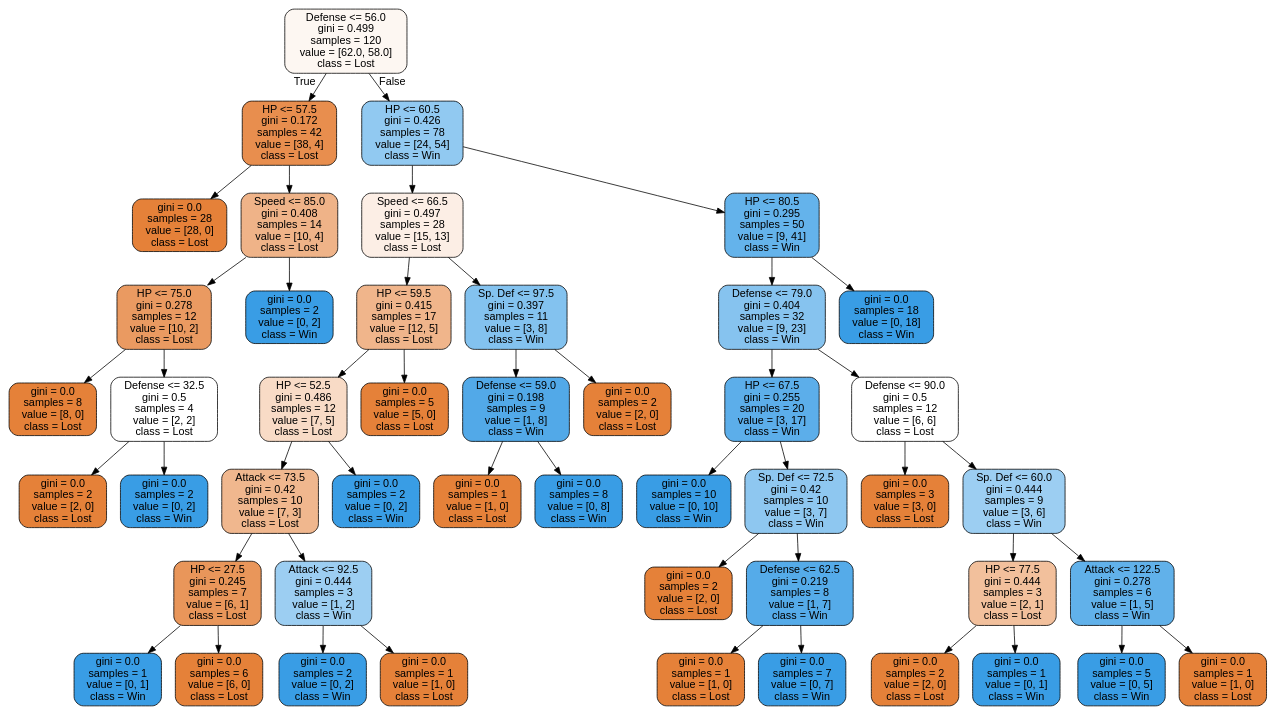
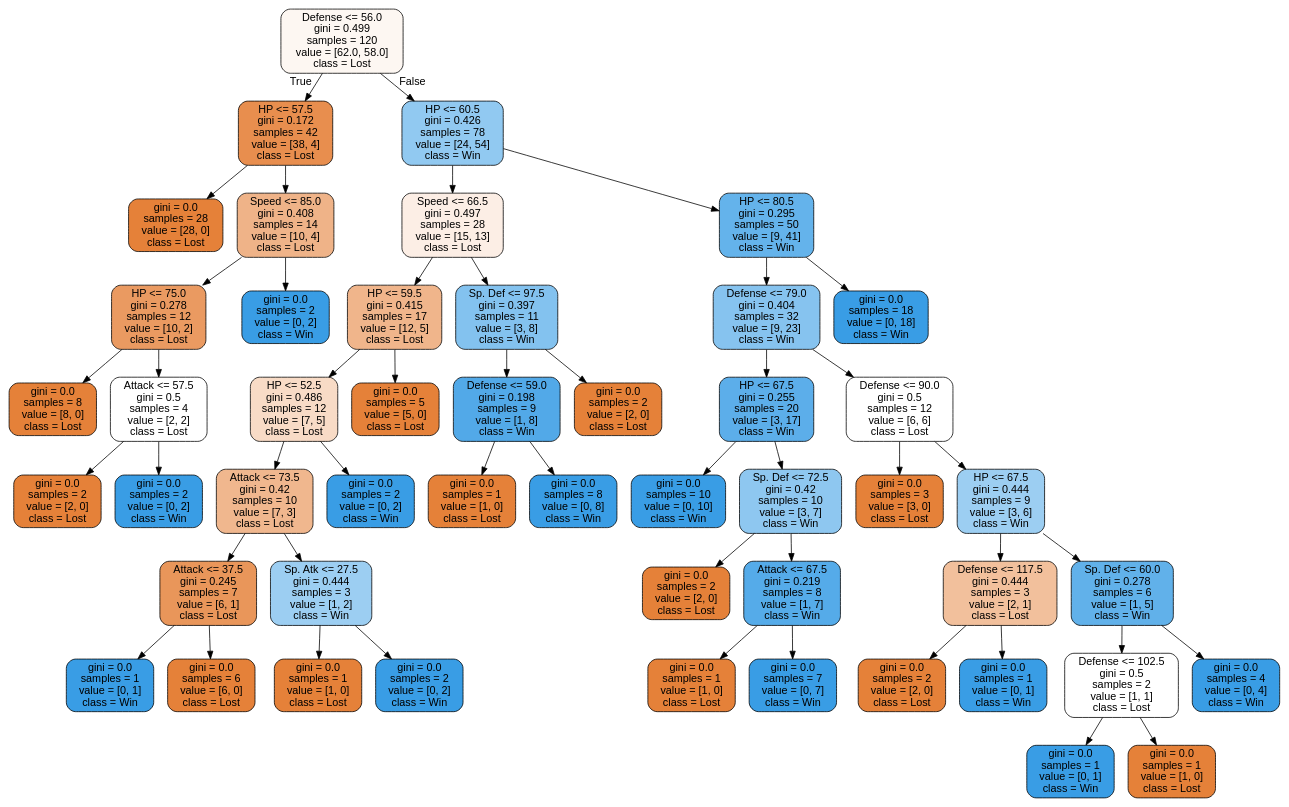
The diagram in tree.dot (AleFuzeti/IA_pokemon), drawn with Graphviz before and after one commit. The commit also changed 14 other files, not shown here.

```diff
--- a/tree.dot
+++ b/tree.dot
@@ -1,97 +1,101 @@
 digraph Tree {
 node [shape=box, style="filled, rounded", color="black", fontname="helvetica"] ;
 edge [fontname="helvetica"] ;
 0 [label="Defense <= 56.0\ngini = 0.499\nsamples = 120\nvalue = [62.0, 58.0]\nclass = Lost", fillcolor="#fdf7f2"] ;
 1 [label="HP <= 57.5\ngini = 0.172\nsamples = 42\nvalue = [38, 4]\nclass = Lost", fillcolor="#e88e4e"] ;
 0 -> 1 [labeldistance=2.5, labelangle=45, headlabel="True"] ;
 2 [label="gini = 0.0\nsamples = 28\nvalue = [28, 0]\nclass = Lost", fillcolor="#e58139"] ;
 1 -> 2 ;
 3 [label="Speed <= 85.0\ngini = 0.408\nsamples = 14\nvalue = [10, 4]\nclass = Lost", fillcolor="#efb388"] ;
 1 -> 3 ;
 4 [label="HP <= 75.0\ngini = 0.278\nsamples = 12\nvalue = [10, 2]\nclass = Lost", fillcolor="#ea9a61"] ;
 3 -> 4 ;
 5 [label="gini = 0.0\nsamples = 8\nvalue = [8, 0]\nclass = Lost", fillcolor="#e58139"] ;
 4 -> 5 ;
-6 [label="Defense <= 32.5\ngini = 0.5\nsamples = 4\nvalue = [2, 2]\nclass = Lost", fillcolor="#ffffff"] ;
+6 [label="Attack <= 57.5\ngini = 0.5\nsamples = 4\nvalue = [2, 2]\nclass = Lost", fillcolor="#ffffff"] ;
 4 -> 6 ;
 7 [label="gini = 0.0\nsamples = 2\nvalue = [2, 0]\nclass = Lost", fillcolor="#e58139"] ;
 6 -> 7 ;
 8 [label="gini = 0.0\nsamples = 2\nvalue = [0, 2]\nclass = Win", fillcolor="#399de5"] ;
 6 -> 8 ;
 9 [label="gini = 0.0\nsamples = 2\nvalue = [0, 2]\nclass = Win", fillcolor="#399de5"] ;
 3 -> 9 ;
 10 [label="HP <= 60.5\ngini = 0.426\nsamples = 78\nvalue = [24, 54]\nclass = Win", fillcolor="#91c9f1"] ;
 0 -> 10 [labeldistance=2.5, labelangle=-45, headlabel="False"] ;
 11 [label="Speed <= 66.5\ngini = 0.497\nsamples = 28\nvalue = [15, 13]\nclass = Lost", fillcolor="#fceee5"] ;
 10 -> 11 ;
 12 [label="HP <= 59.5\ngini = 0.415\nsamples = 17\nvalue = [12, 5]\nclass = Lost", fillcolor="#f0b58b"] ;
 11 -> 12 ;
 13 [label="HP <= 52.5\ngini = 0.486\nsamples = 12\nvalue = [7, 5]\nclass = Lost", fillcolor="#f8dbc6"] ;
 12 -> 13 ;
 14 [label="Attack <= 73.5\ngini = 0.42\nsamples = 10\nvalue = [7, 3]\nclass = Lost", fillcolor="#f0b78e"] ;
 13 -> 14 ;
-15 [label="HP <= 27.5\ngini = 0.245\nsamples = 7\nvalue = [6, 1]\nclass = Lost", fillcolor="#e9965a"] ;
+15 [label="Attack <= 37.5\ngini = 0.245\nsamples = 7\nvalue = [6, 1]\nclass = Lost", fillcolor="#e9965a"] ;
 14 -> 15 ;
 16 [label="gini = 0.0\nsamples = 1\nvalue = [0, 1]\nclass = Win", fillcolor="#399de5"] ;
 15 -> 16 ;
 17 [label="gini = 0.0\nsamples = 6\nvalue = [6, 0]\nclass = Lost", fillcolor="#e58139"] ;
 15 -> 17 ;
-18 [label="Attack <= 92.5\ngini = 0.444\nsamples = 3\nvalue = [1, 2]\nclass = Win", fillcolor="#9ccef2"] ;
+18 [label="Sp. Atk <= 27.5\ngini = 0.444\nsamples = 3\nvalue = [1, 2]\nclass = Win", fillcolor="#9ccef2"] ;
 14 -> 18 ;
-19 [label="gini = 0.0\nsamples = 2\nvalue = [0, 2]\nclass = Win", fillcolor="#399de5"] ;
+19 [label="gini = 0.0\nsamples = 1\nvalue = [1, 0]\nclass = Lost", fillcolor="#e58139"] ;
 18 -> 19 ;
-20 [label="gini = 0.0\nsamples = 1\nvalue = [1, 0]\nclass = Lost", fillcolor="#e58139"] ;
+20 [label="gini = 0.0\nsamples = 2\nvalue = [0, 2]\nclass = Win", fillcolor="#399de5"] ;
 18 -> 20 ;
 21 [label="gini = 0.0\nsamples = 2\nvalue = [0, 2]\nclass = Win", fillcolor="#399de5"] ;
 13 -> 21 ;
 22 [label="gini = 0.0\nsamples = 5\nvalue = [5, 0]\nclass = Lost", fillcolor="#e58139"] ;
 12 -> 22 ;
 23 [label="Sp. Def <= 97.5\ngini = 0.397\nsamples = 11\nvalue = [3, 8]\nclass = Win", fillcolor="#83c2ef"] ;
 11 -> 23 ;
 24 [label="Defense <= 59.0\ngini = 0.198\nsamples = 9\nvalue = [1, 8]\nclass = Win", fillcolor="#52a9e8"] ;
 23 -> 24 ;
 25 [label="gini = 0.0\nsamples = 1\nvalue = [1, 0]\nclass = Lost", fillcolor="#e58139"] ;
 24 -> 25 ;
 26 [label="gini = 0.0\nsamples = 8\nvalue = [0, 8]\nclass = Win", fillcolor="#399de5"] ;
 24 -> 26 ;
 27 [label="gini = 0.0\nsamples = 2\nvalue = [2, 0]\nclass = Lost", fillcolor="#e58139"] ;
 23 -> 27 ;
 28 [label="HP <= 80.5\ngini = 0.295\nsamples = 50\nvalue = [9, 41]\nclass = Win", fillcolor="#64b3eb"] ;
 10 -> 28 ;
 29 [label="Defense <= 79.0\ngini = 0.404\nsamples = 32\nvalue = [9, 23]\nclass = Win", fillcolor="#86c3ef"] ;
 28 -> 29 ;
 30 [label="HP <= 67.5\ngini = 0.255\nsamples = 20\nvalue = [3, 17]\nclass = Win", fillcolor="#5caeea"] ;
 29 -> 30 ;
 31 [label="gini = 0.0\nsamples = 10\nvalue = [0, 10]\nclass = Win", fillcolor="#399de5"] ;
 30 -> 31 ;
 32 [label="Sp. Def <= 72.5\ngini = 0.42\nsamples = 10\nvalue = [3, 7]\nclass = Win", fillcolor="#8ec7f0"] ;
 30 -> 32 ;
 33 [label="gini = 0.0\nsamples = 2\nvalue = [2, 0]\nclass = Lost", fillcolor="#e58139"] ;
 32 -> 33 ;
-34 [label="Defense <= 62.5\ngini = 0.219\nsamples = 8\nvalue = [1, 7]\nclass = Win", fillcolor="#55abe9"] ;
+34 [label="Attack <= 67.5\ngini = 0.219\nsamples = 8\nvalue = [1, 7]\nclass = Win", fillcolor="#55abe9"] ;
 32 -> 34 ;
 35 [label="gini = 0.0\nsamples = 1\nvalue = [1, 0]\nclass = Lost", fillcolor="#e58139"] ;
 34 -> 35 ;
 36 [label="gini = 0.0\nsamples = 7\nvalue = [0, 7]\nclass = Win", fillcolor="#399de5"] ;
 34 -> 36 ;
 37 [label="Defense <= 90.0\ngini = 0.5\nsamples = 12\nvalue = [6, 6]\nclass = Lost", fillcolor="#ffffff"] ;
 29 -> 37 ;
 38 [label="gini = 0.0\nsamples = 3\nvalue = [3, 0]\nclass = Lost", fillcolor="#e58139"] ;
 37 -> 38 ;
-39 [label="Sp. Def <= 60.0\ngini = 0.444\nsamples = 9\nvalue = [3, 6]\nclass = Win", fillcolor="#9ccef2"] ;
+39 [label="HP <= 67.5\ngini = 0.444\nsamples = 9\nvalue = [3, 6]\nclass = Win", fillcolor="#9ccef2"] ;
 37 -> 39 ;
-40 [label="HP <= 77.5\ngini = 0.444\nsamples = 3\nvalue = [2, 1]\nclass = Lost", fillcolor="#f2c09c"] ;
+40 [label="Defense <= 117.5\ngini = 0.444\nsamples = 3\nvalue = [2, 1]\nclass = Lost", fillcolor="#f2c09c"] ;
 39 -> 40 ;
 41 [label="gini = 0.0\nsamples = 2\nvalue = [2, 0]\nclass = Lost", fillcolor="#e58139"] ;
 40 -> 41 ;
 42 [label="gini = 0.0\nsamples = 1\nvalue = [0, 1]\nclass = Win", fillcolor="#399de5"] ;
 40 -> 42 ;
-43 [label="Attack <= 122.5\ngini = 0.278\nsamples = 6\nvalue = [1, 5]\nclass = Win", fillcolor="#61b1ea"] ;
+43 [label="Sp. Def <= 60.0\ngini = 0.278\nsamples = 6\nvalue = [1, 5]\nclass = Win", fillcolor="#61b1ea"] ;
 39 -> 43 ;
-44 [label="gini = 0.0\nsamples = 5\nvalue = [0, 5]\nclass = Win", fillcolor="#399de5"] ;
+44 [label="Defense <= 102.5\ngini = 0.5\nsamples = 2\nvalue = [1, 1]\nclass = Lost", fillcolor="#ffffff"] ;
 43 -> 44 ;
-45 [label="gini = 0.0\nsamples = 1\nvalue = [1, 0]\nclass = Lost", fillcolor="#e58139"] ;
-43 -> 45 ;
-46 [label="gini = 0.0\nsamples = 18\nvalue = [0, 18]\nclass = Win", fillcolor="#399de5"] ;
-28 -> 46 ;
+45 [label="gini = 0.0\nsamples = 1\nvalue = [0, 1]\nclass = Win", fillcolor="#399de5"] ;
+44 -> 45 ;
+46 [label="gini = 0.0\nsamples = 1\nvalue = [1, 0]\nclass = Lost", fillcolor="#e58139"] ;
+44 -> 46 ;
+47 [label="gini = 0.0\nsamples = 4\nvalue = [0, 4]\nclass = Win", fillcolor="#399de5"] ;
+43 -> 47 ;
+48 [label="gini = 0.0\nsamples = 18\nvalue = [0, 18]\nclass = Win", fillcolor="#399de5"] ;
+28 -> 48 ;
 }
```
